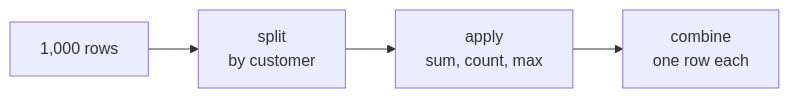
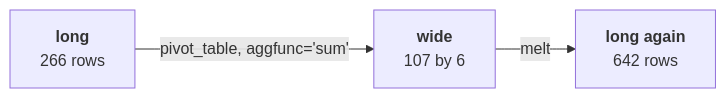
The sixth of 7 diagrams in content/W02/D4/whiteboards/C2_W02_D04_three_tools_STUDENT.md (fde-academy-lab/c2-content-factory), drawn with Mermaid before and after one commit. The commit also changed other lines of this file and 6 other files, not shown here.

````diff
--- a/content/W02/D4/whiteboards/C2_W02_D04_three_tools_STUDENT.md
+++ b/content/W02/D4/whiteboards/C2_W02_D04_three_tools_STUDENT.md
@@ -56,6 +88,5 @@
 ```mermaid
 flowchart LR
-    A["1,000 rows"] --> B["split<br/>by customer"]
-    B --> C["apply<br/>sum, count, max"]
-    C --> D["combine<br/>one row each"]
+    L["<b>long</b><br/>266 rows"] -->|"pivot_table, aggfunc='sum'"| W["<b>wide</b><br/>107 by 6"]
+    W -->|"melt"| B["<b>long again</b><br/>642 rows"]
 ```
````
